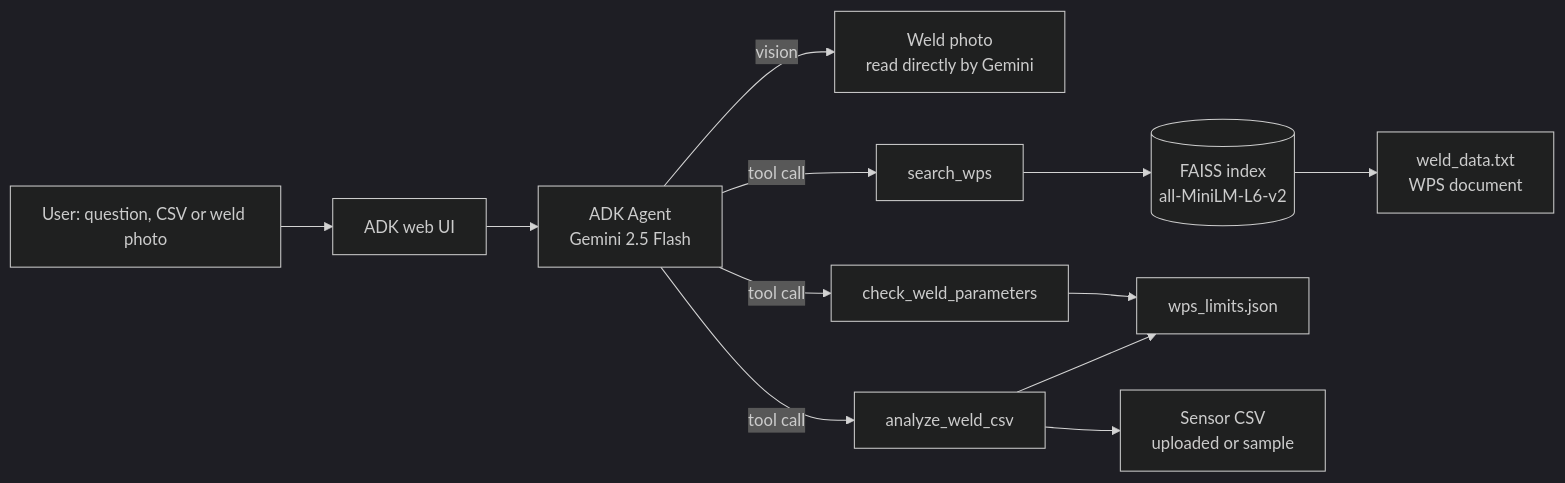
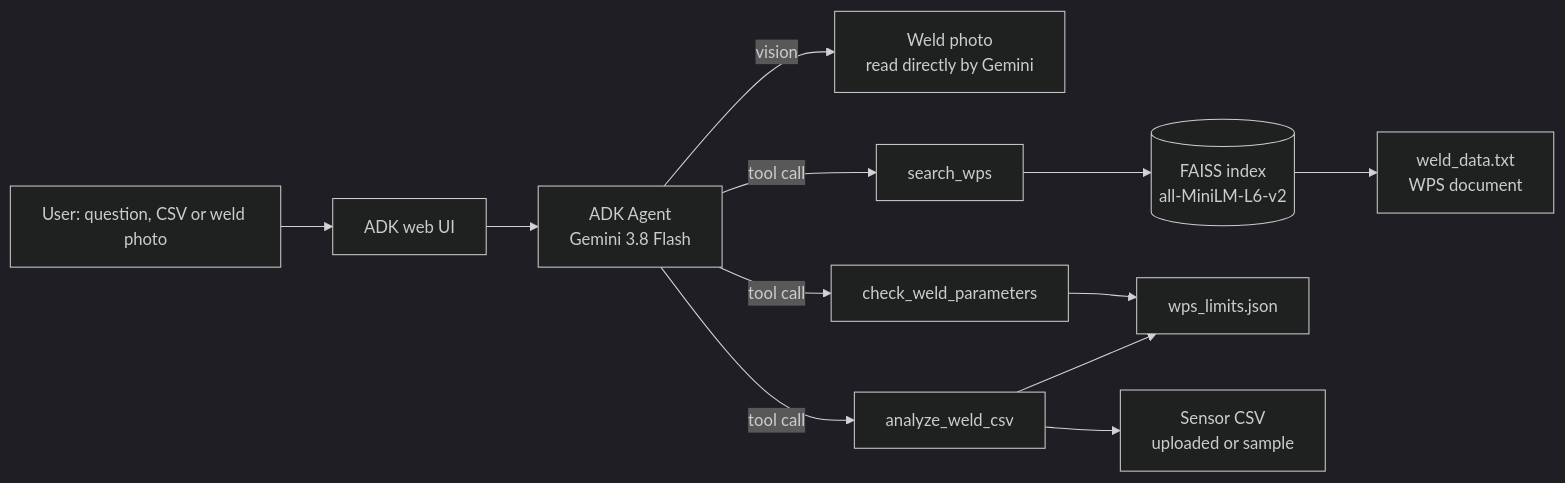
One commit to the-anand-sharma/Weld_Assistant_RAG_Based changed the diagram in README.md. Above: the diagram before and after it, drawn with Mermaid (dark theme). The commit also changed other lines of this file and 1 other file, not shown here.

First line of the commit message:
feat: run agent on Gemini 3.8 Flash with retries, tighten grounding, add real examples

````diff
--- a/README.md
+++ b/README.md
@@ -7,14 +7,14 @@
 ```mermaid
 flowchart LR
     U[User: question, CSV or weld photo] --> UI[ADK web UI]
-    UI --> A[ADK Agent<br/>Gemini 2.5 Flash]
+    UI --> A[ADK Agent<br/>Gemini 3.8 Flash]
     A -- vision --> P[Weld photo<br/>read directly by Gemini]
     A -- tool call --> S[search_wps]
     A -- tool call --> C[check_weld_parameters]
     A -- tool call --> V[analyze_weld_csv]
     S --> F[(FAISS index<br/>all-MiniLM-L6-v2)]
     F --> W[weld_data.txt<br/>WPS document]
     C --> L[wps_limits.json]
     V --> L
     V --> D[Sensor CSV<br/>uploaded or sample]
 ```
````
